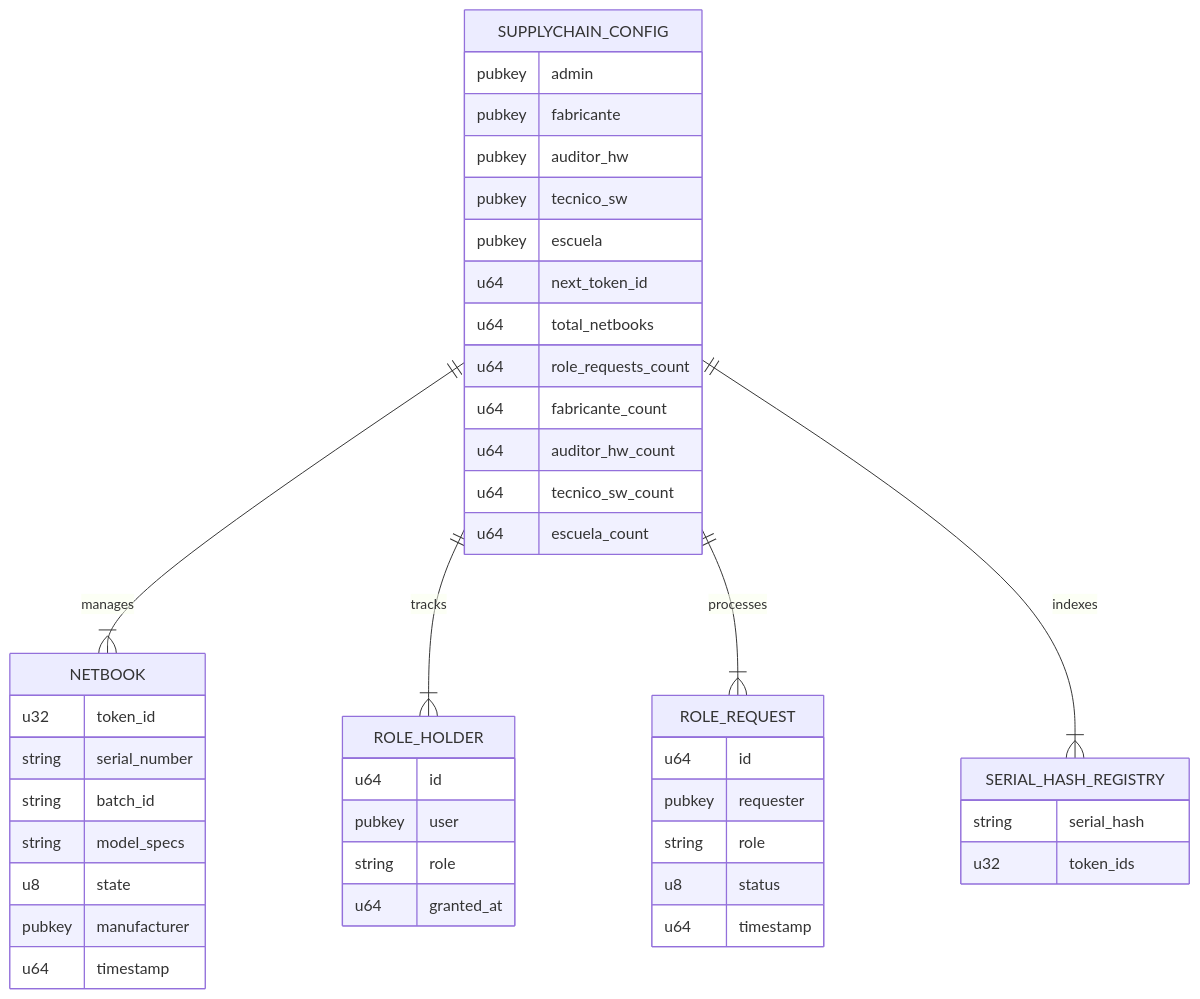
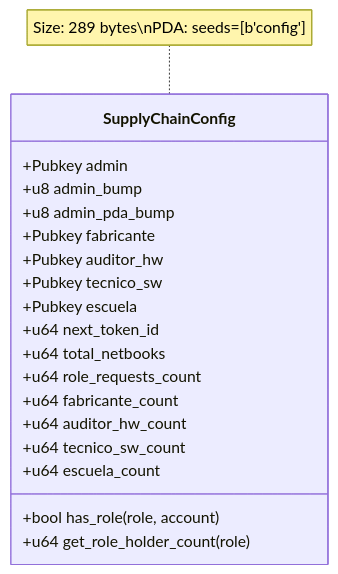
The fifth of 18 diagrams in README.md (87maxi/SupplyChainTracker-solana-), drawn with Mermaid before and after one commit. The commit also changed other lines of this file and 17 other files, not shown here.

First line of the commit message:
docs: comprehensive README with Mermaid diagrams, clean git from temporary files, update .gitignore

````diff
--- a/README.md
+++ b/README.md
@@ -239,52 +157,23 @@
 ```mermaid
-erDiagram
-    SUPPLYCHAIN_CONFIG ||--|{ NETBOOK : manages
-    SUPPLYCHAIN_CONFIG ||--|{ ROLE_HOLDER : tracks
-    SUPPLYCHAIN_CONFIG ||--|{ ROLE_REQUEST : processes
-    SUPPLYCHAIN_CONFIG ||--|{ SERIAL_HASH_REGISTRY : indexes
-
-    SUPPLYCHAIN_CONFIG {
-        pubkey admin
-        pubkey fabricante
-        pubkey auditor_hw
-        pubkey tecnico_sw
-        pubkey escuela
-        u64 next_token_id
-        u64 total_netbooks
-        u64 role_requests_count
-        u64 fabricante_count
-        u64 auditor_hw_count
-        u64 tecnico_sw_count
-        u64 escuela_count
+classDiagram
+    class SupplyChainConfig {
+        +Pubkey admin
+        +u8 admin_bump
+        +u8 admin_pda_bump
+        +Pubkey fabricante
+        +Pubkey auditor_hw
+        +Pubkey tecnico_sw
+        +Pubkey escuela
+        +u64 next_token_id
+        +u64 total_netbooks
+        +u64 role_requests_count
+        +u64 fabricante_count
+        +u64 auditor_hw_count
+        +u64 tecnico_sw_count
+        +u64 escuela_count
+        +bool has_role(role, account)
+        +u64 get_role_holder_count(role)
     }
 
-    NETBOOK {
-        u32 token_id
-        string serial_number
-        string batch_id
-        string model_specs
-        u8 state
-        pubkey manufacturer
-        u64 timestamp
-    }
-
-    ROLE_HOLDER {
-        u64 id
-        pubkey user
-        string role
-        u64 granted_at
-    }
-
-    ROLE_REQUEST {
-        u64 id
-        pubkey requester
-        string role
-        u8 status
-        u64 timestamp
-    }
-
-    SERIAL_HASH_REGISTRY {
-        string serial_hash
-        u32 token_ids
-    }
+    note for SupplyChainConfig "Size: 289 bytes\nPDA: seeds=[b'config']"
 ```
````
